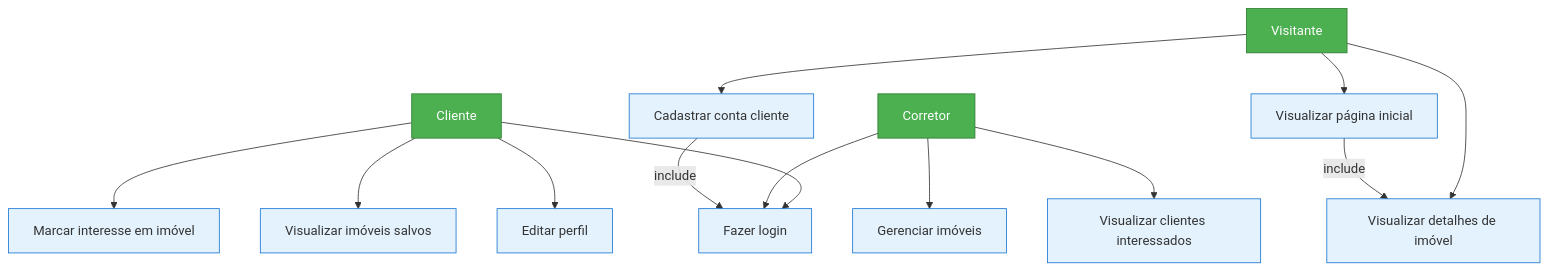
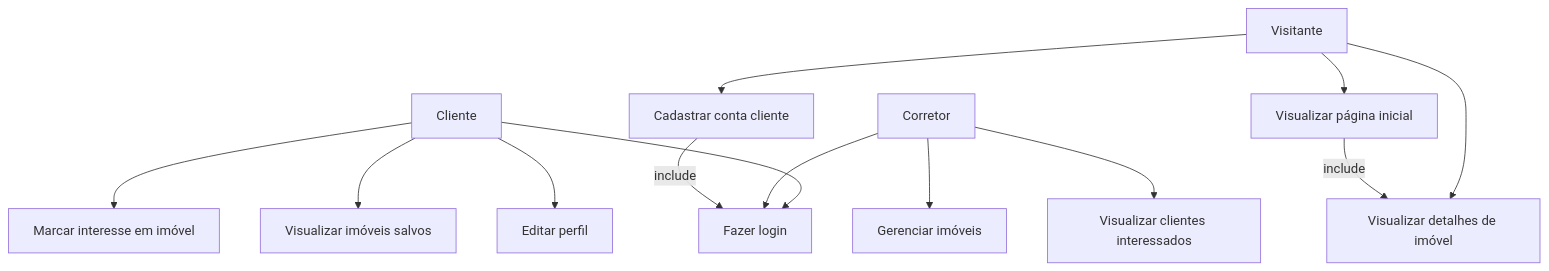
One commit to Pietro-Amorim/CursoFrontEnd changed the first of 3 diagrams in recuperação/imobiliaria-prime/README.md. Above: the diagram before and after it, drawn with Mermaid.

````diff
--- a/recuperação/imobiliaria-prime/README.md
+++ b/recuperação/imobiliaria-prime/README.md
@@ -110,44 +110,41 @@
 ```mermaid
 flowchart TD
     %% Atores
     Visitante["Visitante"]
     Cliente["Cliente"]
     Corretor["Corretor"]
 
     %% Casos de uso
     CU1["Visualizar página inicial"]
     CU2["Visualizar detalhes de imóvel"]
     CU3["Cadastrar conta cliente"]
     CU4["Fazer login"]
     CU5["Marcar interesse em imóvel"]
     CU6["Visualizar imóveis salvos"]
     CU7["Editar perfil"]
     CU8["Gerenciar imóveis"]
     CU9["Visualizar clientes interessados"]
 
     %% Relacionamentos: ator -> caso de uso
     Visitante --> CU1
     Visitante --> CU2
     Visitante --> CU3
 
     Cliente --> CU4
     Cliente --> CU5
     Cliente --> CU6
     Cliente --> CU7
 
     Corretor --> CU4
     Corretor --> CU8
     Corretor --> CU9
 
     %% Relacionamentos de include (uso de setas tracejadas não é suportado no GitHub,
     %% então usamos setas normais com rótulo)
     CU1 -->|include| CU2
     CU3 -->|include| CU4
 
-    %% Estilização (opcional, mas suportada)
-    classDef actor fill:#4CAF50,stroke:#2E7D32,color:white,fontWeight:bold;
-    classDef usecase fill:#E3F2FD,stroke:#1976D2;
 
     class Visitante,Cliente,Corretor actor
     class CU1,CU2,CU3,CU4,CU5,CU6,CU7,CU8,CU9 usecase
 ```
````
